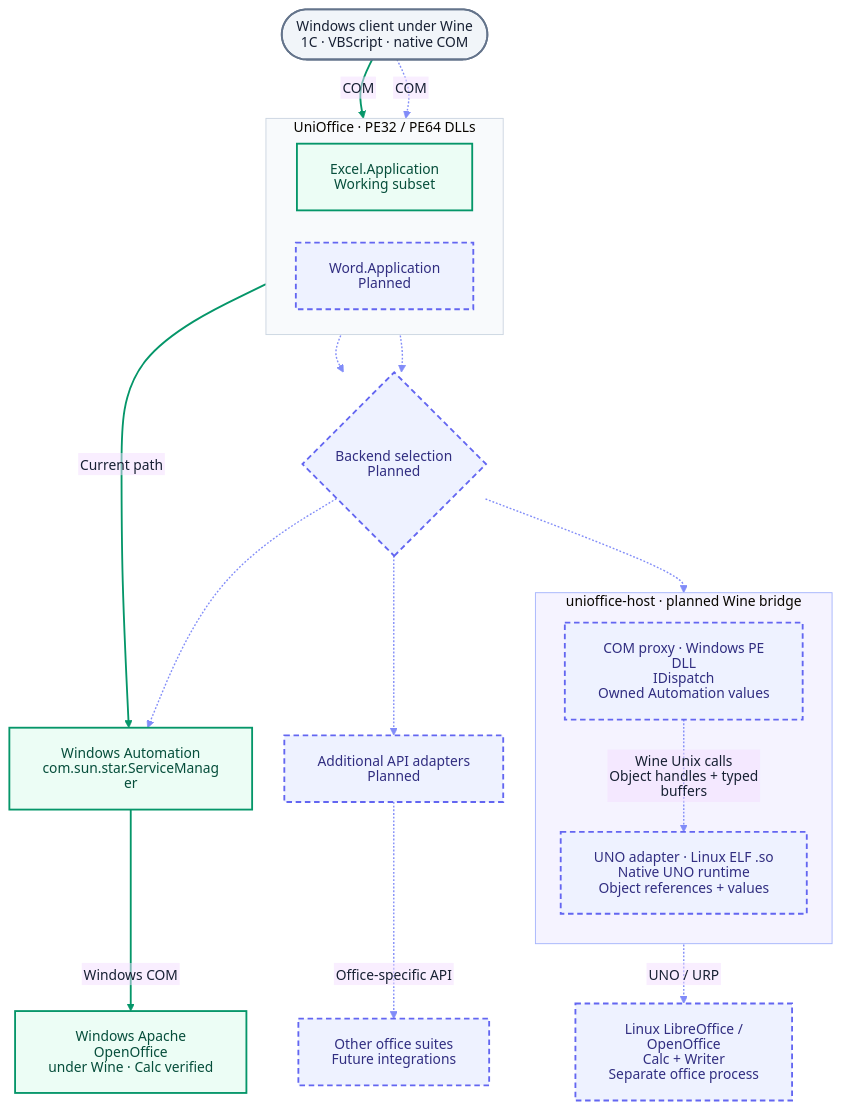
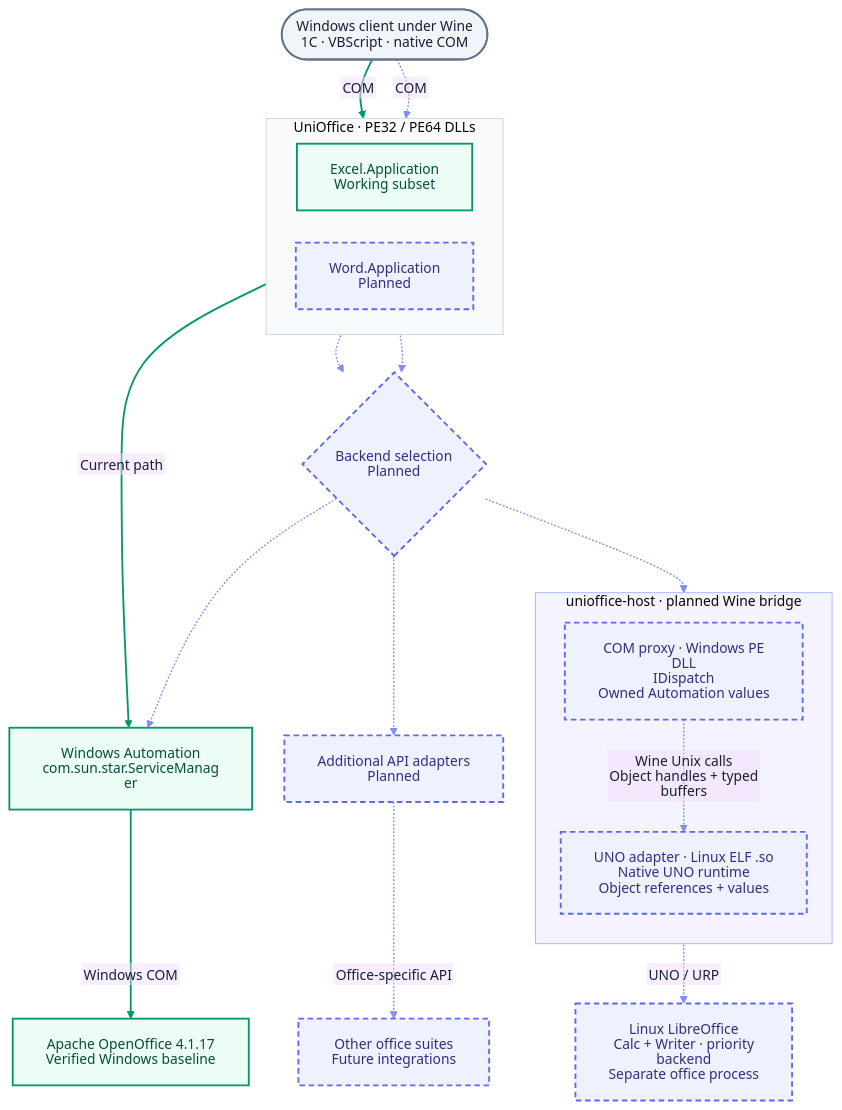
The diagram in docs/diagrams/architecture.mmd (Etersoft/unioffice), drawn with Mermaid before and after one commit. The commit also changed 5 other files, not shown here.

Commit message:
Prioritize LibreOffice and display architecture as PNG

```diff
--- a/docs/diagrams/architecture.mmd
+++ b/docs/diagrams/architecture.mmd
@@ -1,53 +1,53 @@
 %%{init: {"theme":"base","fontFamily":"Arial, sans-serif","htmlLabels":false,"deterministicIds":true,"deterministicIDSeed":"unioffice-architecture","themeVariables":{"fontFamily":"Arial, sans-serif","fontSize":"15px","primaryTextColor":"#172033","lineColor":"#64748b","clusterBkg":"#f8fafc","clusterBorder":"#cbd5e1"},"flowchart":{"htmlLabels":false,"curve":"basis","nodeSpacing":35,"rankSpacing":40,"padding":18}}}%%
 flowchart TB
-    accTitle: UniOffice architecture and planned Wine COM to UNO bridge
-    accDescr: Solid green connections show the working Excel to Windows OpenOffice path. Dashed blue connections show planned Word, backend selection, a Wine PE proxy and ELF adapter, Linux offices and further providers.
+    accTitle: UniOffice architecture and planned Wine bridge to LibreOffice
+    accDescr: Solid green connections show the verified Excel and Windows Apache OpenOffice baseline. Dashed blue connections show planned Word, backend selection, a Wine PE proxy and ELF adapter, the priority Linux LibreOffice backend and further providers.
 
     CLIENT(["Windows client under Wine<br/>1C · VBScript · native COM"])
 
     subgraph UNIOFFICE["UniOffice · PE32 / PE64 DLLs"]
         direction LR
         EXCEL["Excel.Application<br/>Working subset"]
         WORD["Word.Application<br/>Planned"]
     end
 
     SELECT{"Backend selection<br/>Planned"}
     WINCOM["Windows Automation<br/>com.sun.star.ServiceManager"]
-    WINOFFICE["Windows Apache OpenOffice<br/>under Wine · Calc verified"]
+    WINOFFICE["Apache OpenOffice 4.1.17<br/>Verified Windows baseline"]
     OTHER["Additional API adapters<br/>Planned"]
 
     subgraph HOST["unioffice-host · planned Wine bridge"]
         direction TB
         PROXY["COM proxy · Windows PE DLL<br/>IDispatch<br/>Owned Automation values"]
         UNIXLIB["UNO adapter · Linux ELF .so<br/>Native UNO runtime<br/>Object references + values"]
     end
 
-    LINUXOFFICE["Linux LibreOffice / OpenOffice<br/>Calc + Writer<br/>Separate office process"]
+    LINUXOFFICE["Linux LibreOffice<br/>Calc + Writer · priority backend<br/>Separate office process"]
     FUTURE["Other office suites<br/>Future integrations"]
 
     CLIENT -->|COM| EXCEL
     EXCEL -->|Current path| WINCOM
     WINCOM -->|Windows COM| WINOFFICE
 
     CLIENT -. COM .-> WORD
     EXCEL -.-> SELECT
     WORD -.-> SELECT
     SELECT -.-> WINCOM
     SELECT -.-> PROXY
     PROXY -. "Wine Unix calls<br/>Object handles + typed buffers" .-> UNIXLIB
     UNIXLIB -. "UNO / URP" .-> LINUXOFFICE
     SELECT -.-> OTHER
     OTHER -. "Office-specific API" .-> FUTURE
 
     classDef client fill:#f1f5f9,stroke:#64748b,color:#172033,stroke-width:2px;
     classDef working fill:#ecfdf5,stroke:#059669,color:#064e3b,stroke-width:2px;
     classDef planned fill:#eef2ff,stroke:#6366f1,color:#312e81,stroke-width:2px,stroke-dasharray:6 4;
 
     class CLIENT client;
     class EXCEL,WINCOM,WINOFFICE working;
     class WORD,SELECT,PROXY,OTHER,UNIXLIB,LINUXOFFICE,FUTURE planned;
 
     style UNIOFFICE fill:#f8fafc,stroke:#cbd5e1,stroke-width:1px,color:#172033;
     style HOST fill:#f5f3ff,stroke:#a5b4fc,stroke-width:1px,color:#312e81;
     linkStyle 0,1,2 stroke:#059669,stroke-width:2px;
     linkStyle 3,4,5,6,7,8,9,10,11 stroke:#818cf8,stroke-width:1.5px;
```
